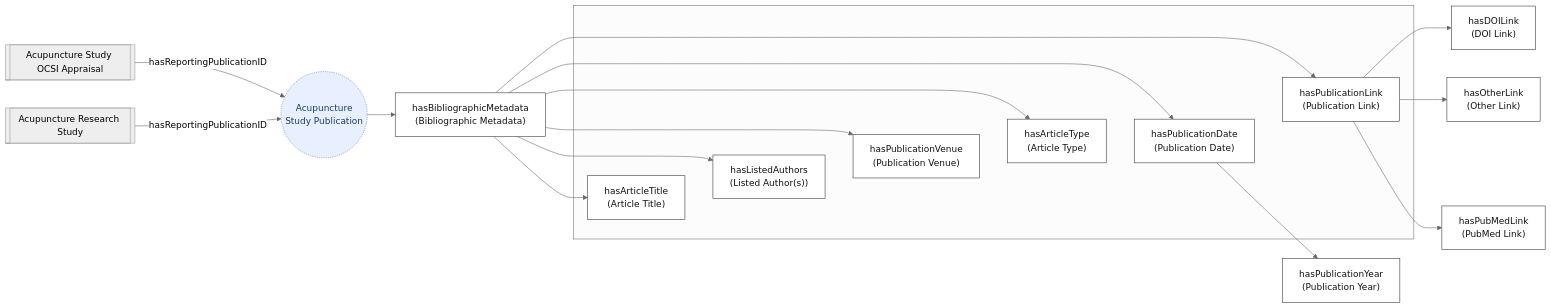
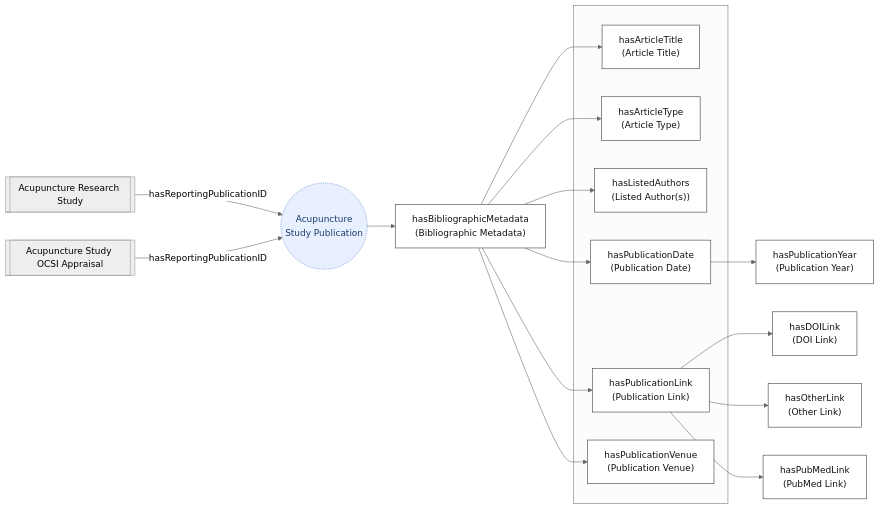
The second of 5 diagrams in ontology-files/base/articles-kb/articles-kb-core/README.md (smtifahim/TARA-Ontology-Repository), drawn with Mermaid (neutral theme) before and after one commit. The commit also changed other lines of this file, not shown here.

````diff
--- a/ontology-files/base/articles-kb/articles-kb-core/README.md
+++ b/ontology-files/base/articles-kb/articles-kb-core/README.md
@@ -48,40 +48,39 @@
 ```mermaid
 flowchart LR
     classDef group fill:#eee,stroke:#999,stroke-dasharray: 3 3,color:#555
     classDef field fill:#ffffff,stroke:#333,color:#111
     classDef linked fill:#e8f0ff,stroke:#4472c4,stroke-dasharray: 2 2,color:#1a3a6b
 
     PUB(("Acupuncture<br/>Study Publication")):::field
     BIB["hasBibliographicMetadata<br/>(Bibliographic Metadata)"]:::field
 
     subgraph BIB_FIELDS [" "]
         TITLE["hasArticleTitle<br/>(Article Title)"]:::field
         ATYPE["hasArticleType<br/>(Article Type)"]:::field
         AUTH["hasListedAuthors<br/>(Listed Author(s))"]:::field
         PDATE["hasPublicationDate<br/>(Publication Date)"]:::field
         PLINK["hasPublicationLink<br/>(Publication Link)"]:::field
         VENUE["hasPublicationVenue<br/>(Publication Venue)"]:::field
 
-        TITLE ~~~ AUTH ~~~ VENUE ~~~ ATYPE ~~~ PDATE ~~~ PLINK
     end
 
     PYEAR["hasPublicationYear<br/>(Publication Year)"]:::field
     DOI["hasDOILink<br/>(DOI Link)"]:::field
     OTHER["hasOtherLink<br/>(Other Link)"]:::field
     PUBMED["hasPubMedLink<br/>(PubMed Link)"]:::field
 
     PUB --> BIB
     BIB --> TITLE
     BIB --> ATYPE
     BIB --> AUTH
     BIB --> PDATE --> PYEAR
     BIB --> PLINK
     PLINK --> DOI
     PLINK --> OTHER
     PLINK --> PUBMED
     BIB --> VENUE
 
     STUDY_EXT[["Acupuncture Research Study"]] -- hasReportingPublicationID --> PUB:::linked
     
     OCSI_EXT[["Acupuncture Study OCSI Appraisal"]] -- hasReportingPublicationID --> PUB:::linked
 ```
````
